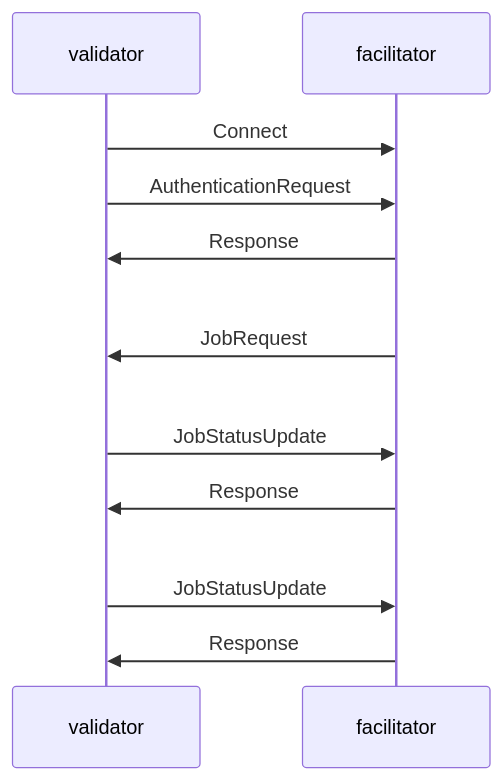
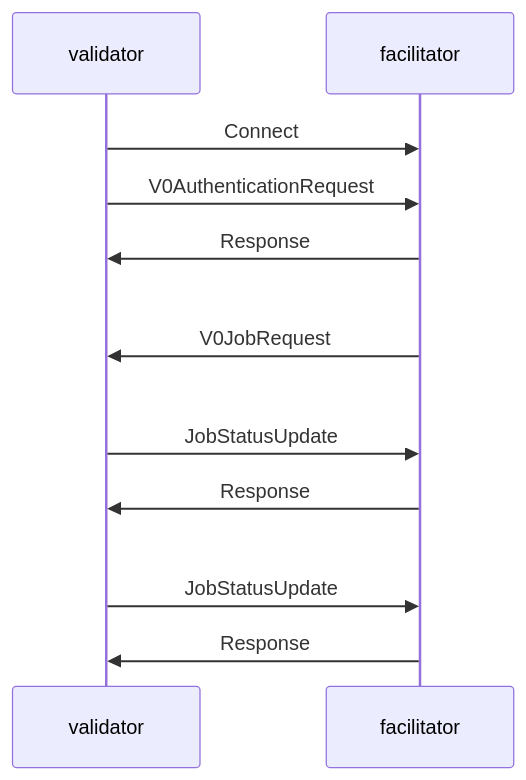
Before and after one commit to backend-developers-ltd/compute-horde-facilitator-ce: the diagram in README.md, drawn with Mermaid. The commit also changed other lines of this file and 7 other files, not shown here.

````diff
--- a/README.md
+++ b/README.md
@@ -14,16 +14,16 @@
 ```mermaid
 sequenceDiagram
     participant validator
     participant facilitator
 
     validator->>facilitator: Connect
-    validator->>facilitator: AuthenticationRequest
+    validator->>facilitator: V0AuthenticationRequest
     facilitator->>validator: Response
 
-    facilitator->>validator: <br/><br/>JobRequest
+    facilitator->>validator: <br/><br/>V0JobRequest
 
     validator->>facilitator: <br/><br/>JobStatusUpdate
     facilitator->>validator: Response
     validator->>facilitator: <br/><br/>JobStatusUpdate
     facilitator->>validator: Response
 ```
````
